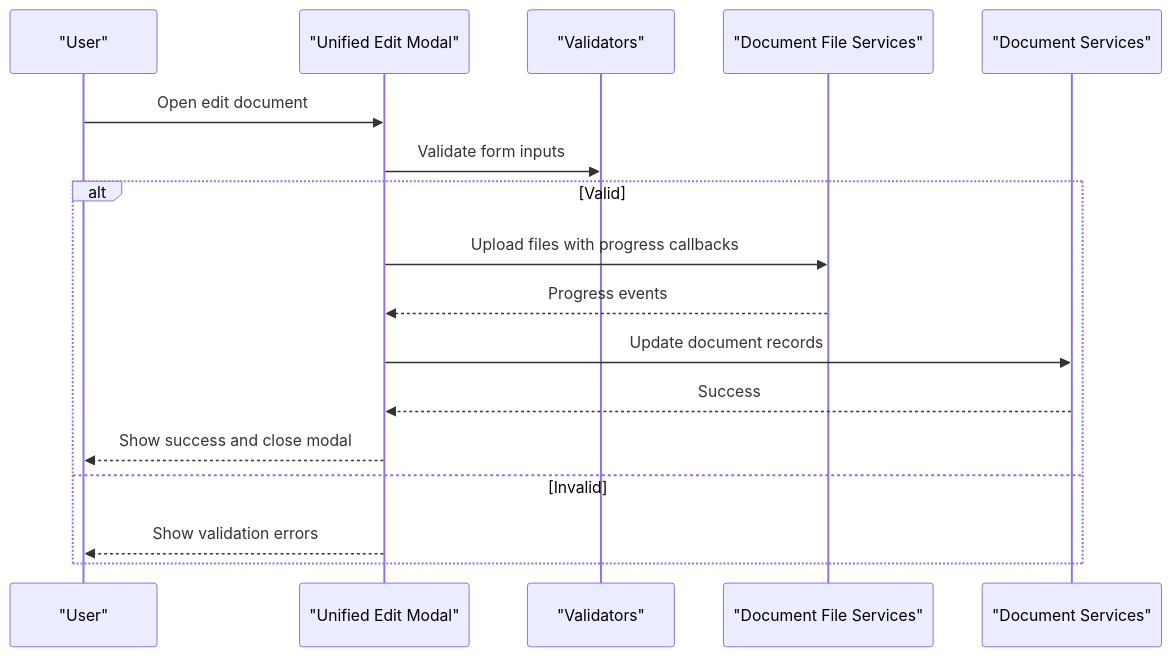
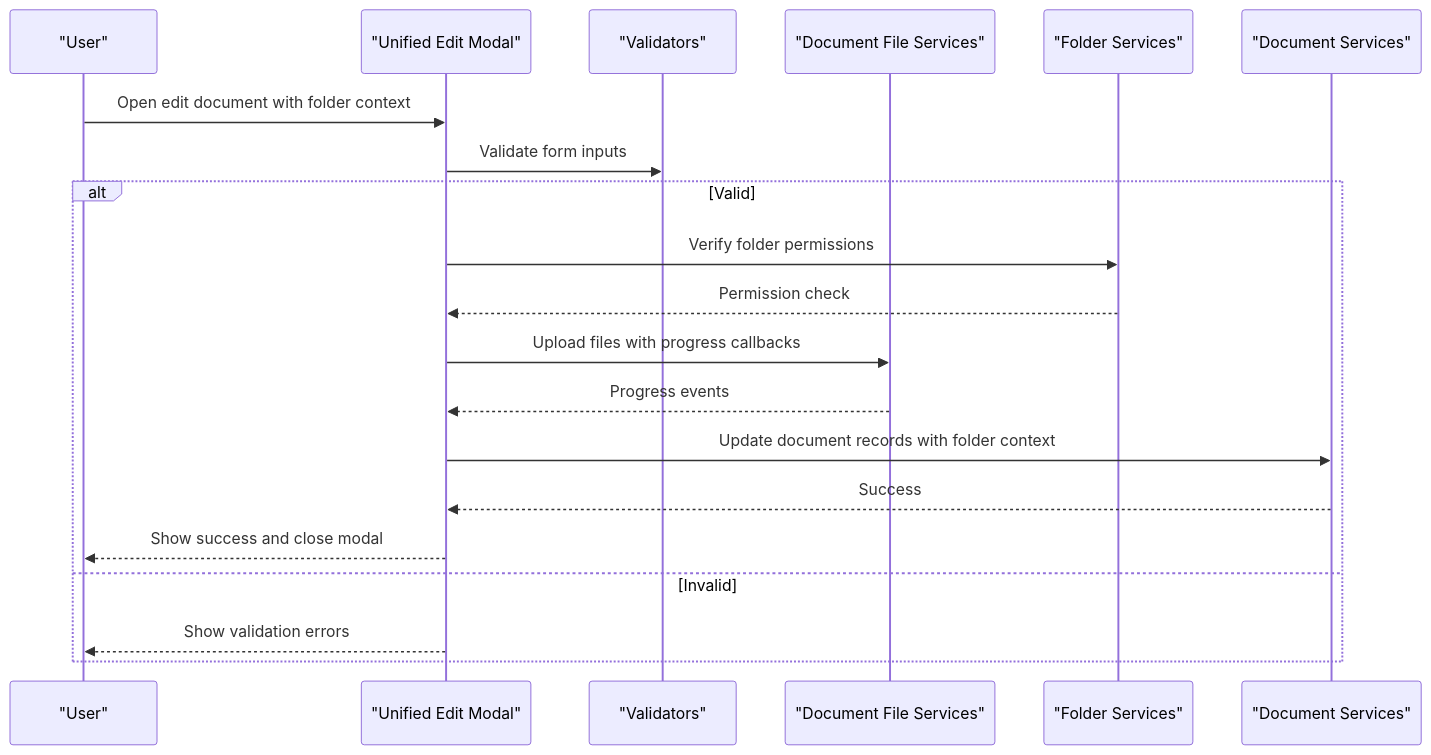
One commit to ngothanhtung/claude-code-shadcn-dashboard changed the fifth of 8 diagrams in .qoder/repowiki/en/content/Data Management Modules/Document Management.md. Above: the diagram before and after it, drawn with Mermaid. The commit also changed other lines of this file and 112 other files, not shown here.

````diff
--- a/.qoder/repowiki/en/content/Data Management Modules/Document Management.md
+++ b/.qoder/repowiki/en/content/Data Management Modules/Document Management.md
@@ -252,19 +278,22 @@
 ```mermaid
 sequenceDiagram
 participant User as "User"
 participant EditModal as "Unified Edit Modal"
 participant Validator as "Validators"
 participant FileSvc as "Document File Services"
+participant FolderSvc as "Folder Services"
 participant DocSvc as "Document Services"
-User->>EditModal : Open edit document
+User->>EditModal : Open edit document with folder context
 EditModal->>Validator : Validate form inputs
 alt Valid
+EditModal->>FolderSvc : Verify folder permissions
+FolderSvc-->>EditModal : Permission check
 EditModal->>FileSvc : Upload files with progress callbacks
 FileSvc-->>EditModal : Progress events
-EditModal->>DocSvc : Update document records
+EditModal->>DocSvc : Update document records with folder context
 DocSvc-->>EditModal : Success
 EditModal-->>User : Show success and close modal
 else Invalid
 EditModal-->>User : Show validation errors
 end
 ```
````
